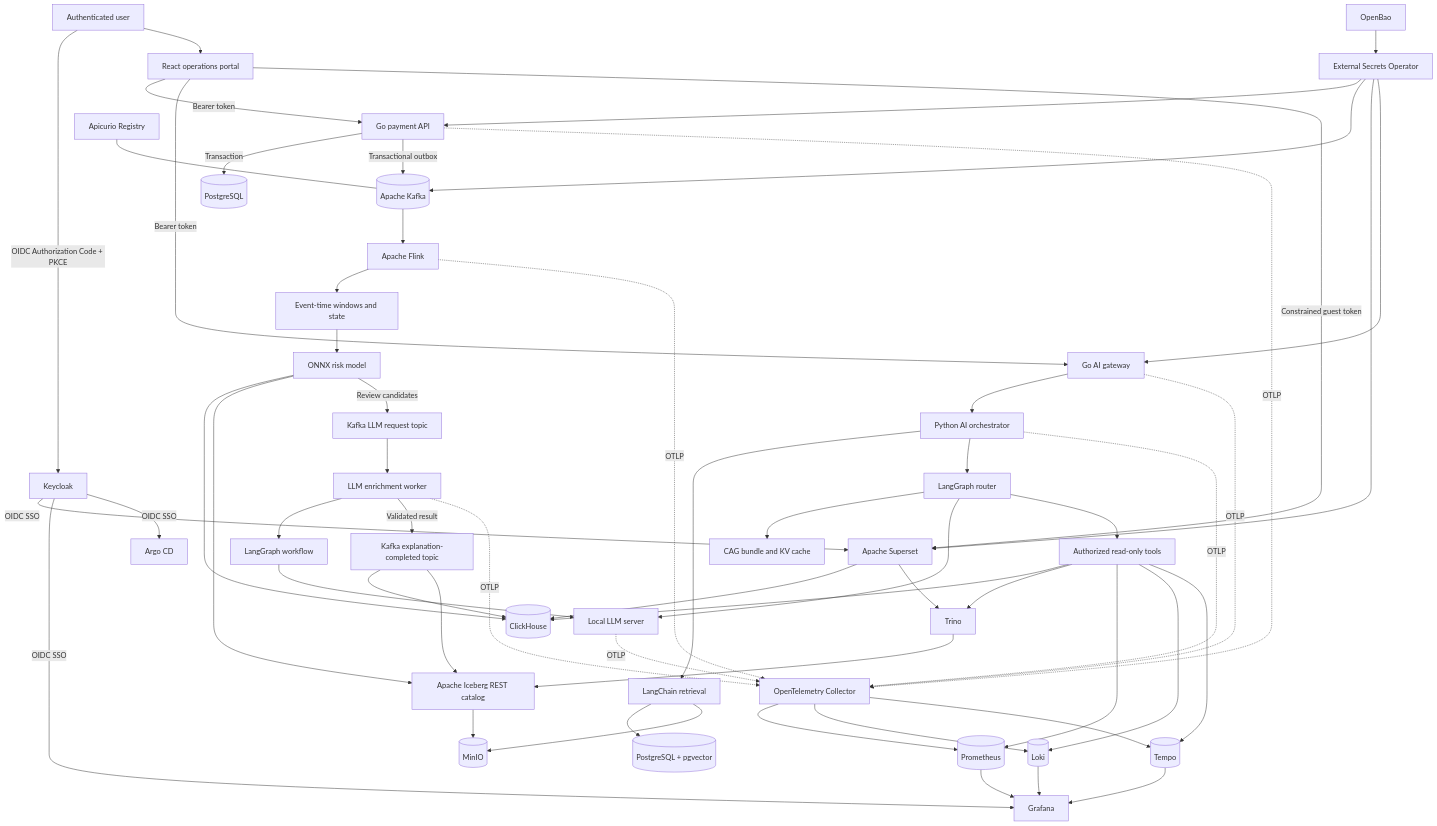
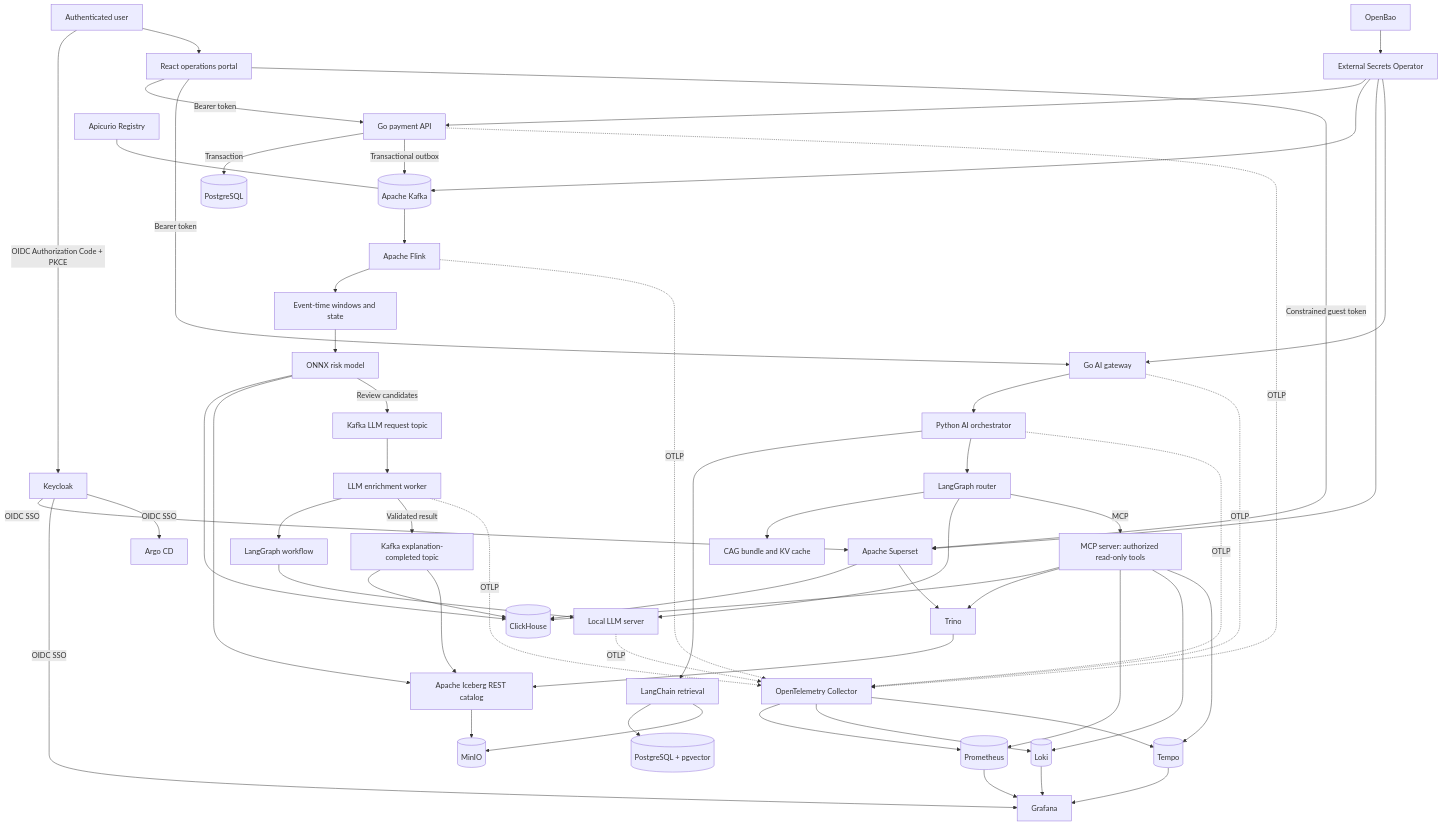
Before and after one commit to varunpathania86/realtime-payment-platform: the first of 3 diagrams in docs/master-plan.md, drawn with Mermaid. The commit also changed other lines of this file and 3 other files, not shown here.

Commit message:
docs(roadmap): prioritize lakehouse, BI and MCP assistant (#11)

````diff
--- a/docs/master-plan.md
+++ b/docs/master-plan.md
@@ -475,68 +477,68 @@
 ```mermaid
 flowchart TB
     USER[Authenticated user] -->|OIDC Authorization Code + PKCE| KC[Keycloak]
     USER --> WEB[React operations portal]
 
     WEB -->|Bearer token| API[Go payment API]
     WEB -->|Bearer token| AIGW[Go AI gateway]
     WEB -->|Constrained guest token| SS[Apache Superset]
 
     API -->|Transaction| PG[(PostgreSQL)]
     API -->|Transactional outbox| K[(Apache Kafka)]
     AP[Apicurio Registry] --- K
 
     K --> FL[Apache Flink]
     FL --> WIN[Event-time windows and state]
     WIN --> ONNX[ONNX risk model]
     ONNX --> CH[(ClickHouse)]
     ONNX --> IC[Apache Iceberg REST catalog]
     IC --> MINIO[(MinIO)]
     TR[Trino] --> IC
     SS --> CH
     SS --> TR
 
     ONNX -->|Review candidates| LREQ[Kafka LLM request topic]
     LREQ --> LWORK[LLM enrichment worker]
     LWORK --> LGRAPH[LangGraph workflow]
     LGRAPH --> LLM[Local LLM server]
     LWORK -->|Validated result| LDONE[Kafka explanation-completed topic]
     LDONE --> CH
     LDONE --> IC
 
     AIGW --> AIORCH[Python AI orchestrator]
     AIORCH --> LC[LangChain retrieval]
     AIORCH --> LG[LangGraph router]
     LC --> VDB[(PostgreSQL + pgvector)]
     LC --> MINIO
     LG --> CAG[CAG bundle and KV cache]
     LG --> LLM
-    LG --> TOOLS[Authorized read-only tools]
+    LG -->|MCP| TOOLS[MCP server: authorized read-only tools]
     TOOLS --> CH
     TOOLS --> TR
     TOOLS --> PROM[(Prometheus)]
     TOOLS --> LOKI[(Loki)]
     TOOLS --> TEMPO[(Tempo)]
 
     API -. OTLP .-> OTEL[OpenTelemetry Collector]
     FL -. OTLP .-> OTEL
     AIGW -. OTLP .-> OTEL
     AIORCH -. OTLP .-> OTEL
     LWORK -. OTLP .-> OTEL
     LLM -. OTLP .-> OTEL
     OTEL --> PROM
     OTEL --> LOKI
     OTEL --> TEMPO
     PROM --> GRAF[Grafana]
     LOKI --> GRAF
     TEMPO --> GRAF
 
     KC -->|OIDC SSO| SS
     KC -->|OIDC SSO| GRAF
     KC -->|OIDC SSO| ARGO[Argo CD]
 
     BAO[OpenBao] --> ESO[External Secrets Operator]
     ESO --> API
     ESO --> K
     ESO --> SS
     ESO --> AIGW
 ```
````
